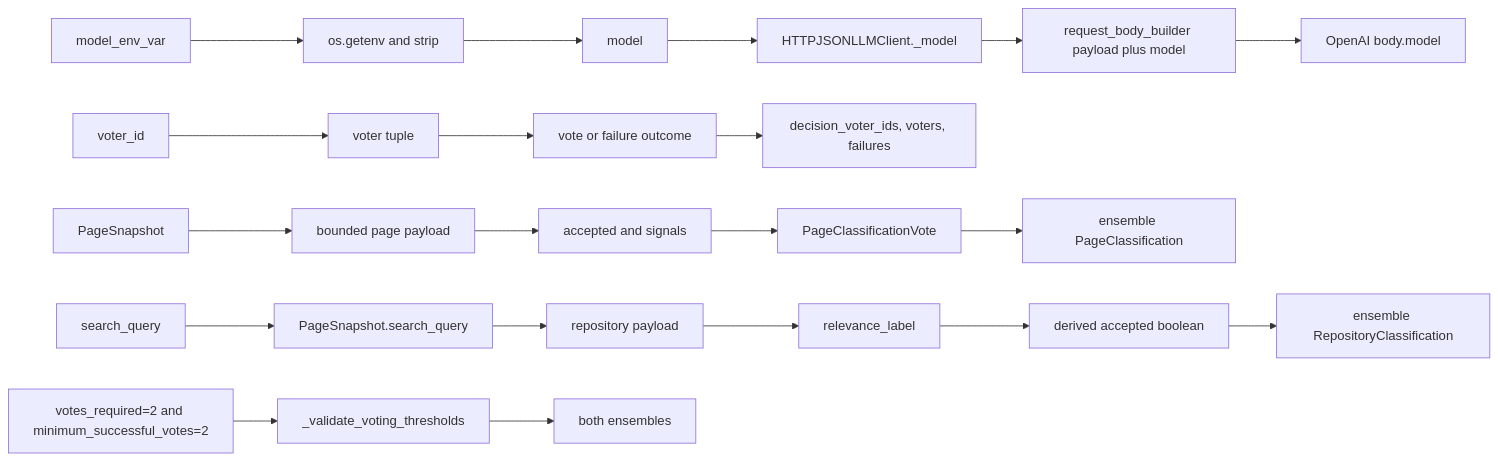
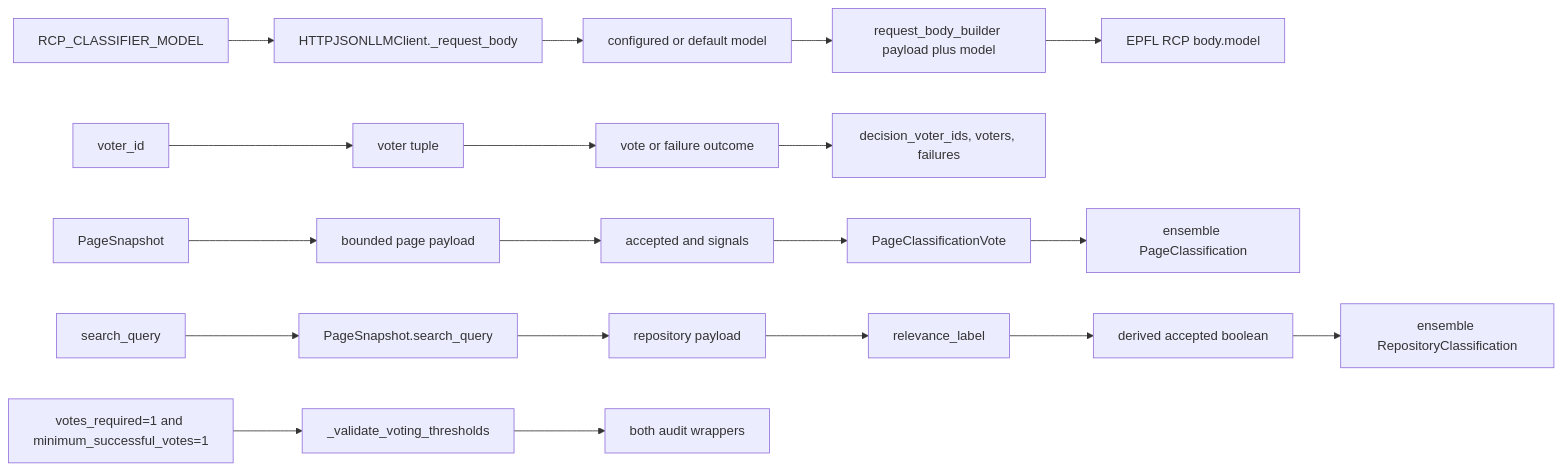
Before and after one commit to nicolasberlin/global-health-dataset-catalog: the fifth of 5 diagrams in docs/classification-architecture.md, drawn with Mermaid. The commit also changed other lines of this file and 33 other files, not shown here.

Commit message:
Switch default classifier to EPFL RCP

````diff
--- a/docs/classification-architecture.md
+++ b/docs/classification-architecture.md
@@ -385,13 +390,13 @@
 ```mermaid
 flowchart LR
-    ModelEnv["model_env_var"] --> Load["os.getenv and strip"] --> Model["model"]
-    Model --> Client["HTTPJSONLLMClient._model"] --> Builder["request_body_builder payload plus model"] --> APIBody["OpenAI body.model"]
+    ModelEnv["RCP_CLASSIFIER_MODEL"] --> Load["HTTPJSONLLMClient._request_body"] --> Model["configured or default model"]
+    Model --> Builder["request_body_builder payload plus model"] --> APIBody["EPFL RCP body.model"]
 
     VoterId["voter_id"] --> Pair["voter tuple"] --> Outcome["vote or failure outcome"] --> Audit["decision_voter_ids, voters, failures"]
 
     Page["PageSnapshot"] --> PagePayload["bounded page payload"] --> RawPage["accepted and signals"] --> PageVote["PageClassificationVote"] --> PageDecision["ensemble PageClassification"]
 
     Query["search_query"] --> RepoPage["PageSnapshot.search_query"] --> RepoPayload["repository payload"] --> Label["relevance_label"] --> Derived["derived accepted boolean"] --> RepoDecision["ensemble RepositoryClassification"]
 
-    Thresholds["votes_required=2 and minimum_successful_votes=2"] --> Validate["_validate_voting_thresholds"] --> Both["both ensembles"]
+    Thresholds["votes_required=1 and minimum_successful_votes=1"] --> Validate["_validate_voting_thresholds"] --> Both["both audit wrappers"]
 ```
````
